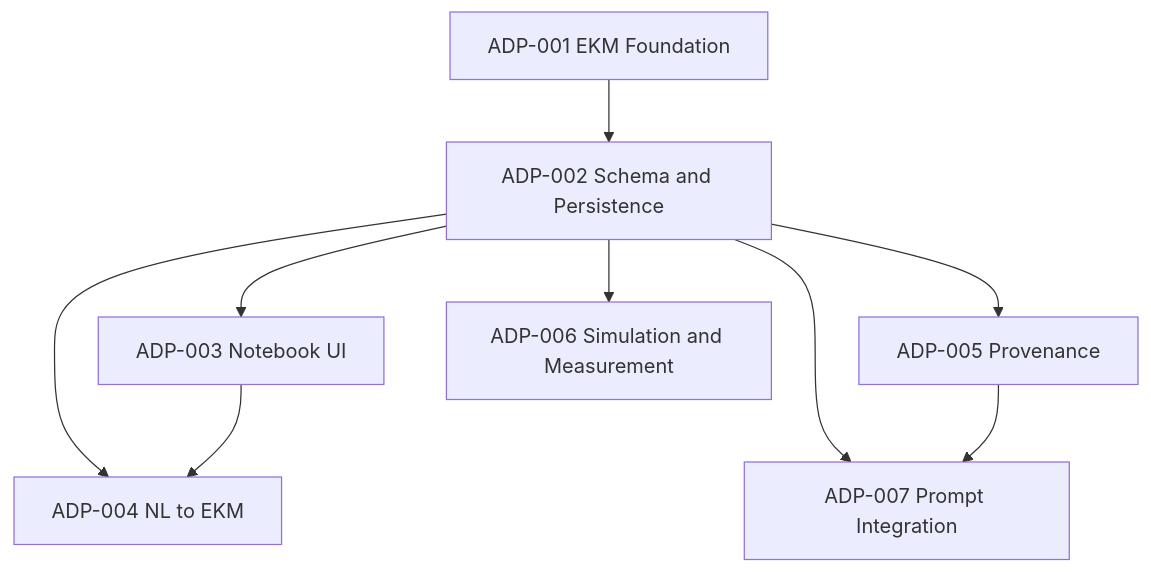
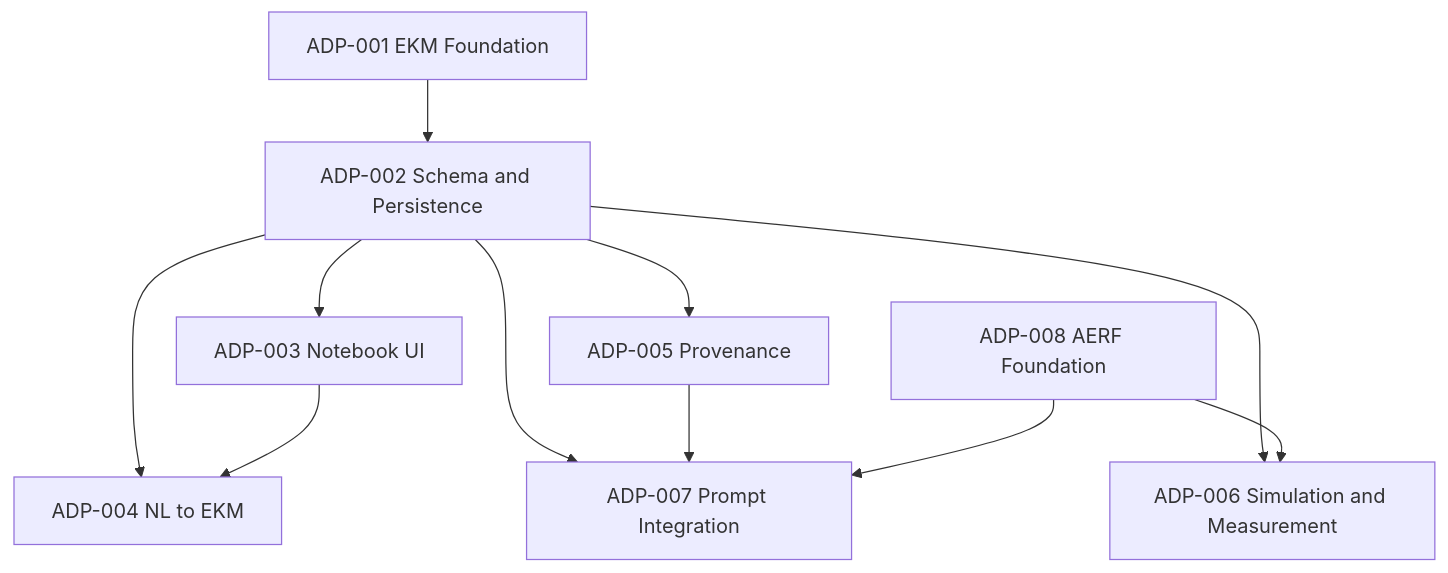
Before and after one commit to edbecnel/KiCad_AI_Integration: the diagram in docs/Architecture/ADP-001-Engineering-Knowledge-Model-Foundation.md, drawn with Mermaid. The commit also changed other lines of this file and 22 other files, not shown here.

First line of the commit message:
Add AERF and Engineering Notebook architecture with knowledge base scaffold.

````diff
--- a/docs/Architecture/ADP-001-Engineering-Knowledge-Model-Foundation.md
+++ b/docs/Architecture/ADP-001-Engineering-Knowledge-Model-Foundation.md
@@ -468,19 +471,22 @@
 ```mermaid
 flowchart TD
     ADP001[ADP-001 EKM Foundation]
     ADP002[ADP-002 Schema and Persistence]
     ADP003[ADP-003 Notebook UI]
     ADP004[ADP-004 NL to EKM]
     ADP005[ADP-005 Provenance]
     ADP006[ADP-006 Simulation and Measurement]
     ADP007[ADP-007 Prompt Integration]
+    ADP008[ADP-008 AERF Foundation]
 
     ADP001 --> ADP002
     ADP002 --> ADP003
     ADP002 --> ADP004
     ADP002 --> ADP005
     ADP002 --> ADP006
     ADP002 --> ADP007
     ADP003 --> ADP004
     ADP005 --> ADP007
+    ADP008 --> ADP007
+    ADP008 --> ADP006
 ```
````
